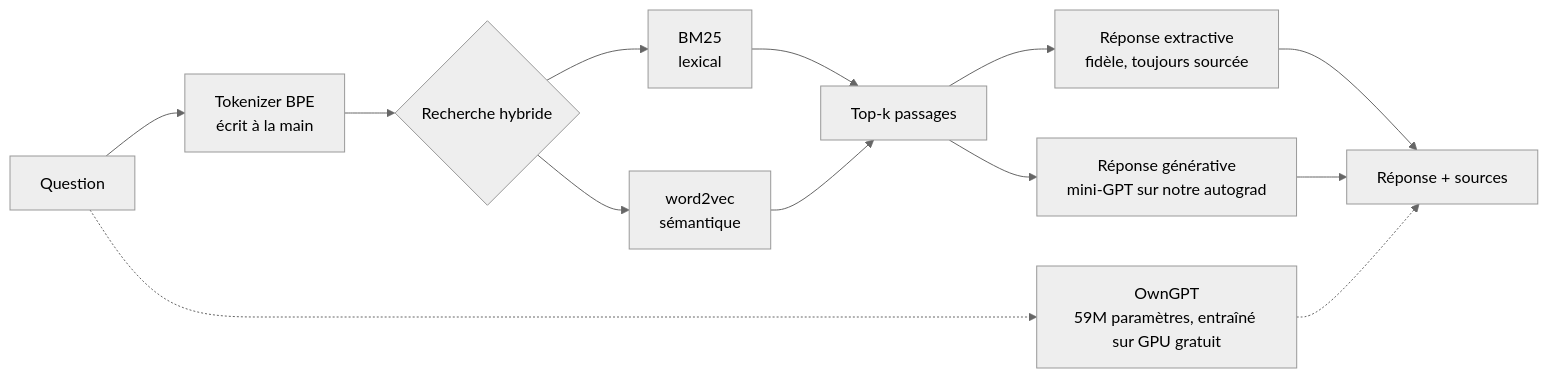
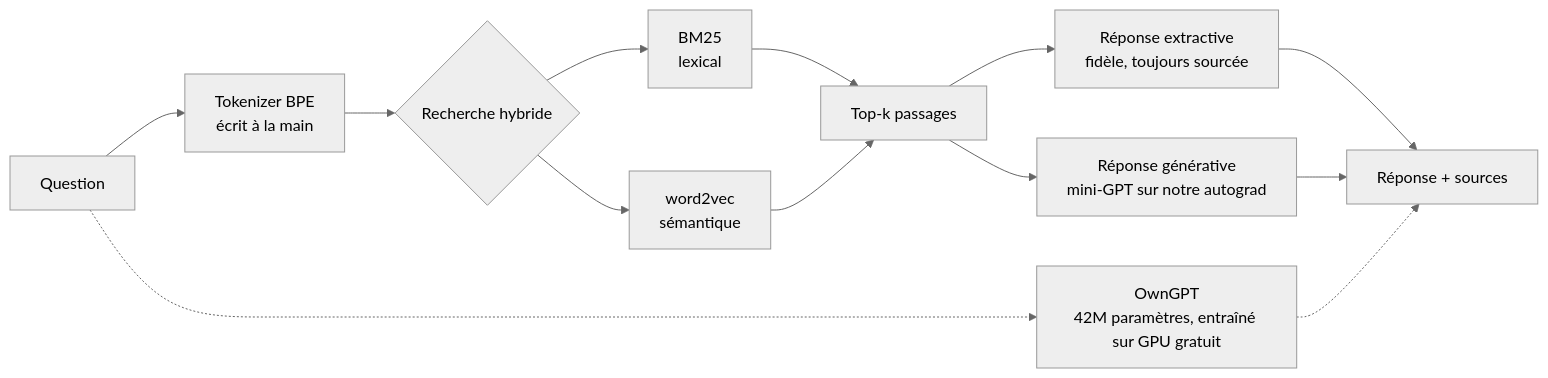
Before and after one commit to Zlarien/OwnAI: the diagram in README.fr.md, drawn with Mermaid (neutral theme). The commit also changed other lines of this file and 1 other file, not shown here.

Commit message:
docs: OwnGPT has 42,476,032 parameters: the output layer is tied to the embedding (equal tensors in the checkpoint), so it is counted once; the fp16 checkpoint stores a copy, 59,253,248 values. Exact NumPy count 1,055,488

````diff
--- a/README.fr.md
+++ b/README.fr.md
@@ -17,15 +17,15 @@
 ```mermaid
 flowchart LR
     Q[Question] --> T[Tokenizer BPE<br/>écrit à la main]
     T --> R{Recherche hybride}
     R --> BM[BM25<br/>lexical]
     R --> W2[word2vec<br/>sémantique]
     BM --> K[Top-k passages]
     W2 --> K
     K --> E[Réponse extractive<br/>fidèle, toujours sourcée]
     K --> G[Réponse générative<br/>mini-GPT sur notre autograd]
     E --> A[Réponse + sources]
     G --> A
-    Q -.-> O[OwnGPT<br/>59M paramètres, entraîné sur GPU gratuit]
+    Q -.-> O[OwnGPT<br/>42M paramètres, entraîné sur GPU gratuit]
     O -.-> A
 ```
````
